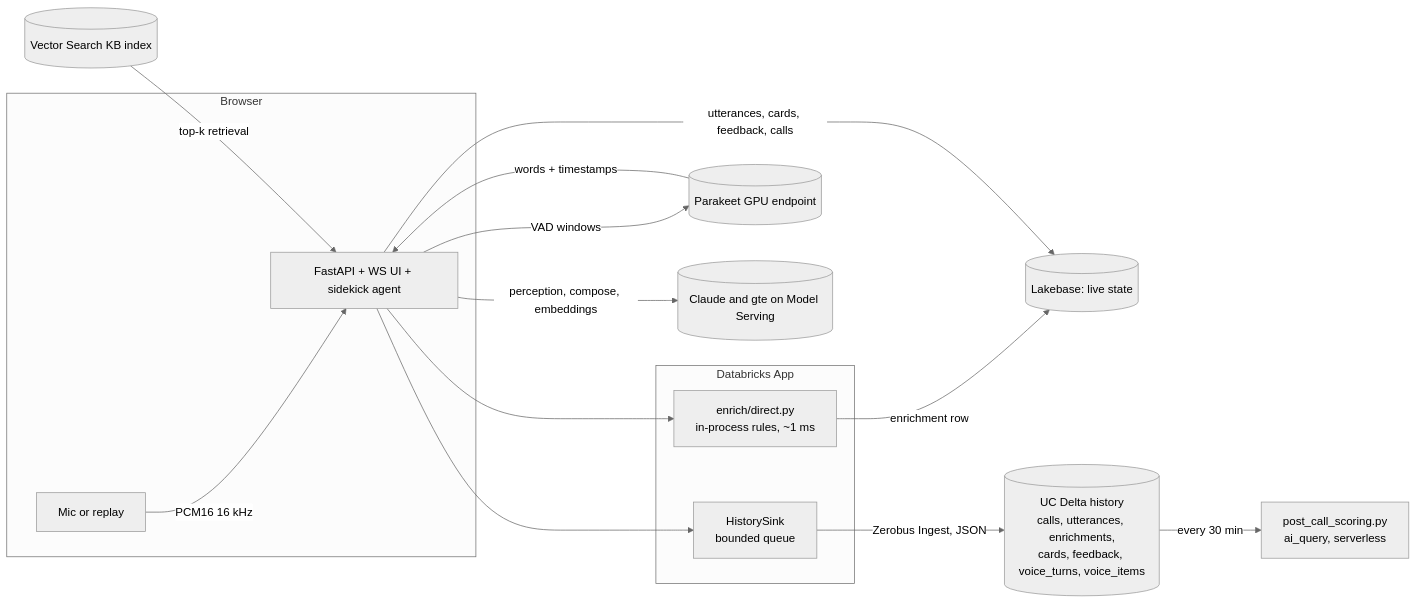
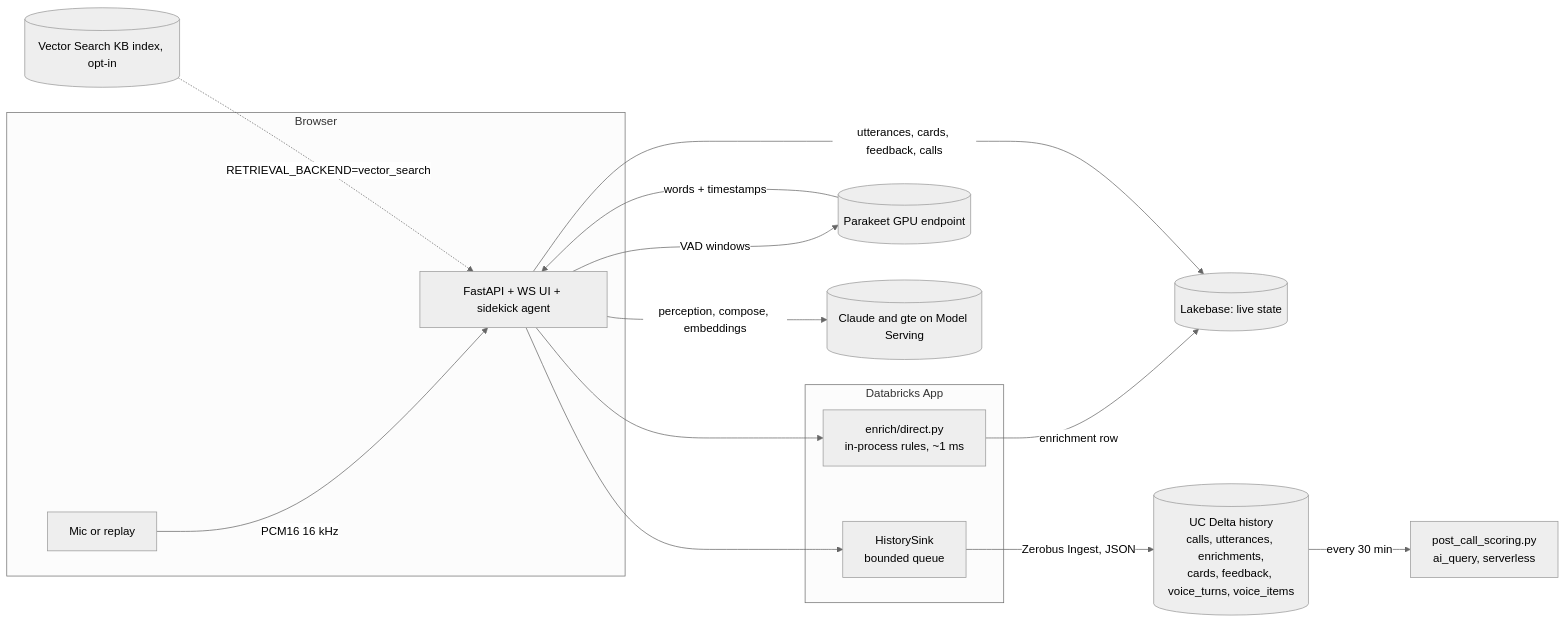
One commit to pbayne/realtime-apps-feature-demo changed the diagram in README.md. Above: the diagram before and after it, drawn with Mermaid (neutral theme). The commit also changed other lines of this file and 2 other files, not shown here.

Commit message:
fix(kb): smoke query uses the new index columns; docs mark Vector Search opt-in
build_kb_index.py now succeeds on the deployed workspace (78 chunks, 2
playbooks), and the app's Vector Search client returns the right per-playbook
documents from the live index (fee objection -> fee_objections.md, billing
dispute -> billing_disputes.md). In-app retrieval stays the default.

````diff
--- a/README.md
+++ b/README.md
@@ -30,21 +30,21 @@
 ```mermaid
 flowchart LR
   subgraph Browser
     MIC[Mic or replay] -->|PCM16 16 kHz| APP
   end
   subgraph Databricks App
     APP[FastAPI + WS UI + sidekick agent]
     ENR[enrich/direct.py<br/>in-process rules, ~1 ms]
     HS[HistorySink<br/>bounded queue]
     APP --> ENR
     APP --> HS
   end
   APP -->|VAD windows| STT[(Parakeet GPU endpoint)]
   STT -->|words + timestamps| APP
   ENR -->|enrichment row| LB[(Lakebase: live state)]
   APP -->|utterances, cards, feedback, calls| LB
   HS -->|Zerobus Ingest, JSON| UC[(UC Delta history<br/>calls, utterances, enrichments,<br/>cards, feedback, voice_turns, voice_items)]
   APP -->|perception, compose, embeddings| LLM[(Claude and gte on Model Serving)]
-  VS[(Vector Search KB index)] -->|top-k retrieval| APP
+  VS[(Vector Search KB index, opt-in)] -.->|RETRIEVAL_BACKEND=vector_search| APP
   UC -->|every 30 min| PCS[post_call_scoring.py<br/>ai_query, serverless]
 ```
````
